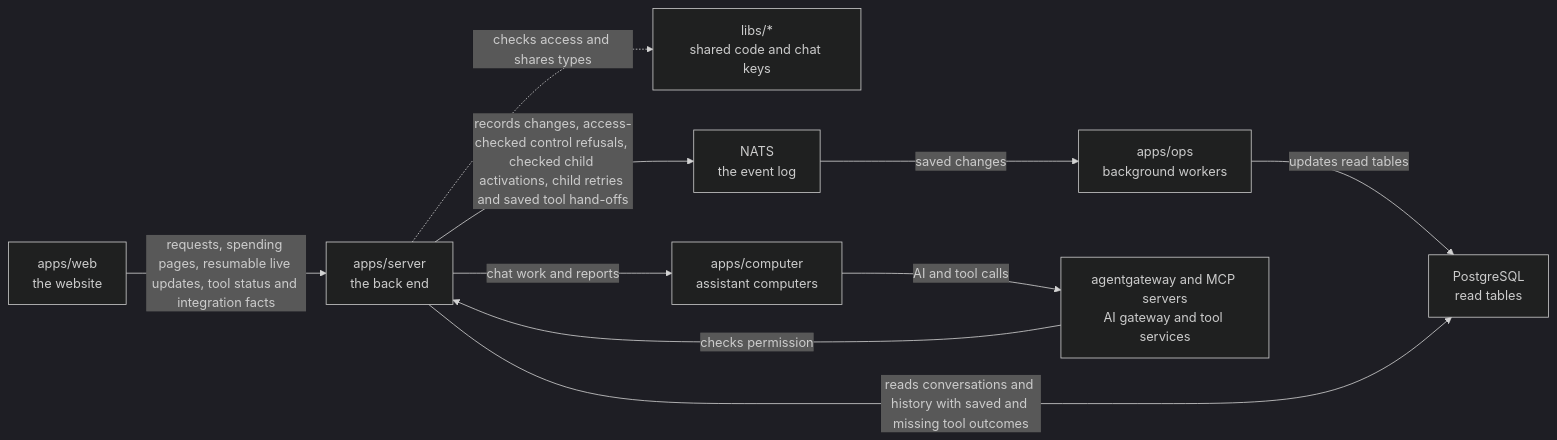
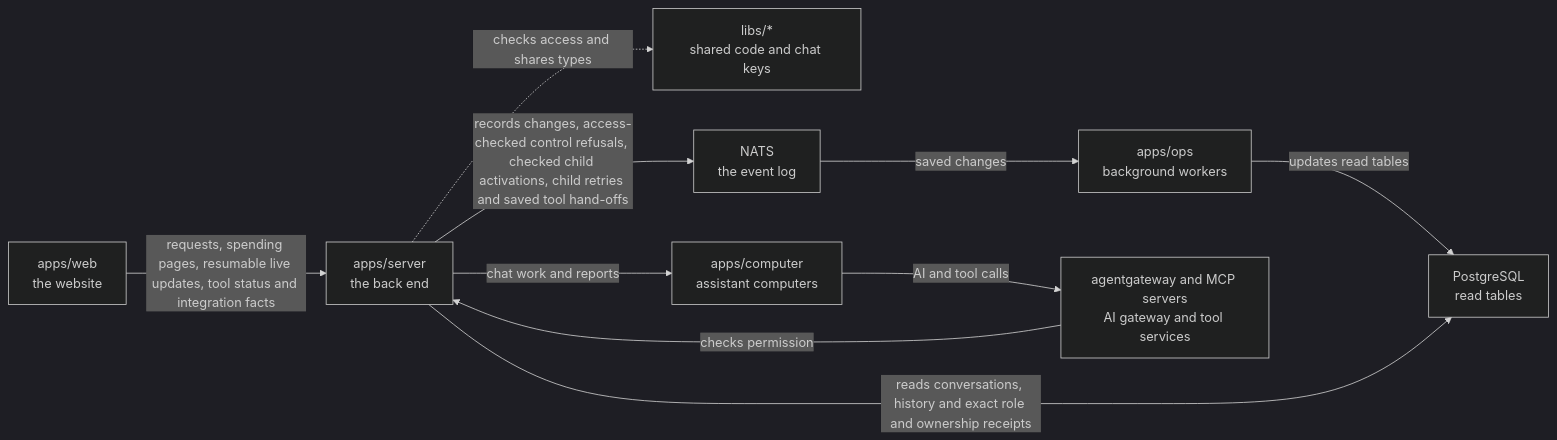
Before and after one commit to elewa-git/opencrane-new: the diagram in apps/server/README.md, drawn with Mermaid (dark theme). The commit also changed other lines of this file and 13 other files, not shown here.

Commit message:
👥 Show role and ownership facts with exact receipt progress

````diff
--- a/apps/server/README.md
+++ b/apps/server/README.md
@@ -31,12 +34,12 @@
 ```mermaid
 flowchart LR
   web["apps/web<br/>the website"] -->|requests, spending pages, resumable live updates, tool status and integration facts| server["apps/server<br/>the back end"]
   server -.->|checks access and shares types| libs["libs/*<br/>shared code and chat keys"]
   server -->|records changes, access-checked control refusals, checked child activations, child retries and saved tool hand-offs| nats["NATS<br/>the event log"]
   nats -->|saved changes| ops["apps/ops<br/>background workers"]
   ops -->|updates read tables| postgres["PostgreSQL<br/>read tables"]
-  server -->|reads conversations and history with saved and missing tool outcomes| postgres
+  server -->|reads conversations, history and exact role and ownership receipts| postgres
   server -->|chat work and reports| computer["apps/computer<br/>assistant computers"]
   computer -->|AI and tool calls| runtime["agentgateway and MCP servers<br/>AI gateway and tool services"]
   runtime -->|checks permission| server
 ```
````
